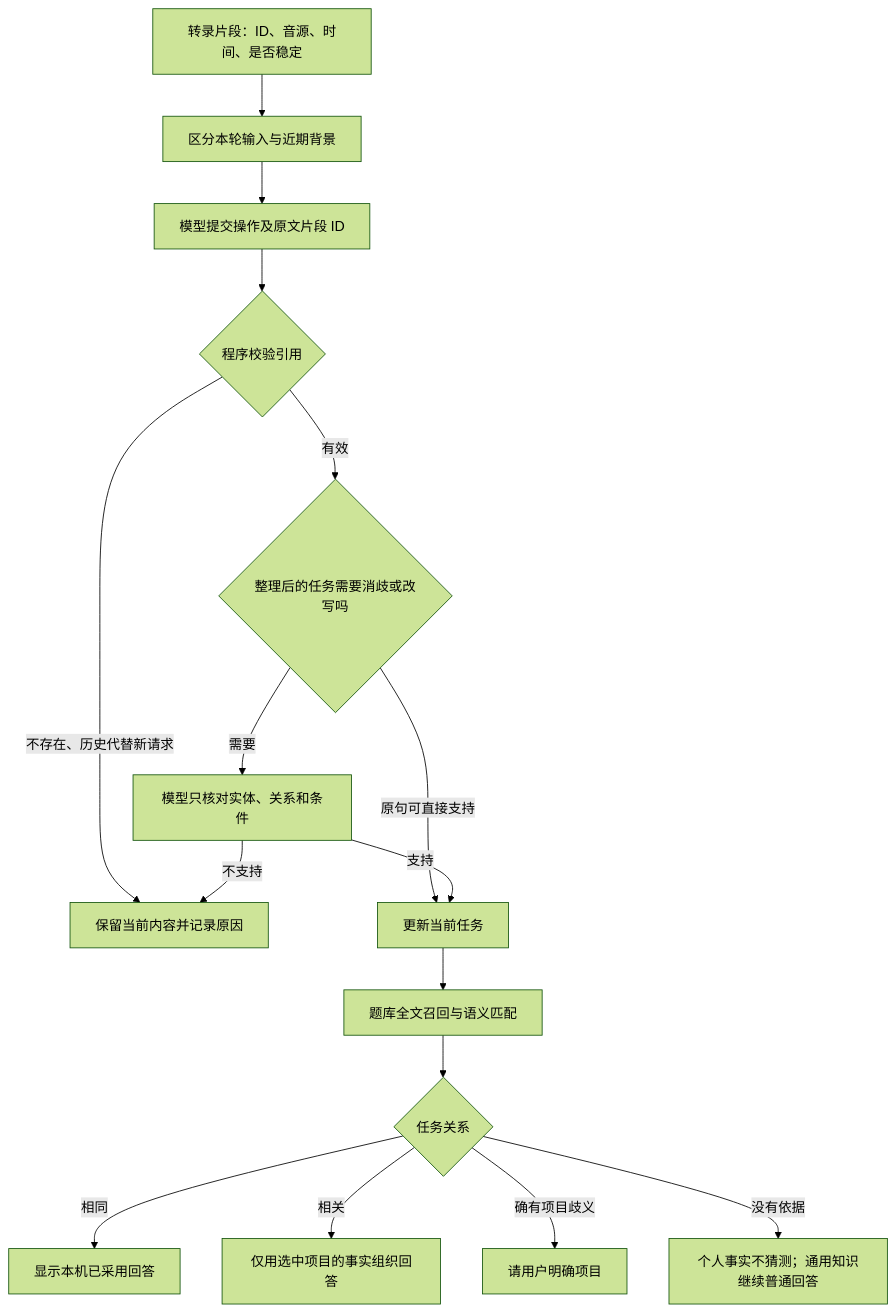
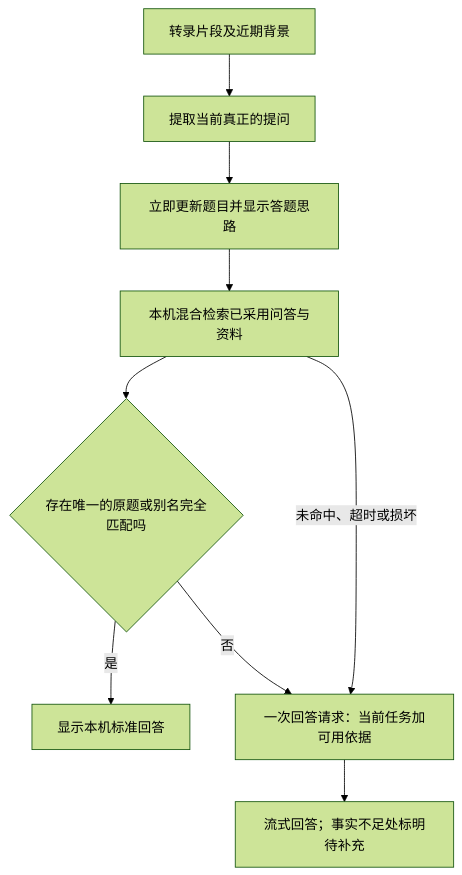
Before and after one commit to tangtianxu/MockInterview: the diagram in docs/decision-retrieval-design.md, drawn with Mermaid (forest theme). The commit also changed other lines of this file and 21 other files, not shown here.

````diff
--- a/docs/decision-retrieval-design.md
+++ b/docs/decision-retrieval-design.md
@@ -5,18 +5,11 @@
 ```mermaid
 flowchart TD
-  A[转录片段：ID、音源、时间、是否稳定] --> B[区分本轮输入与近期背景]
-  B --> C[模型提交操作及原文片段 ID]
-  C --> D{程序校验引用}
-  D -->|不存在、历史代替新请求| W[保留当前内容并记录原因]
-  D -->|有效| E{整理后的任务需要消歧或改写吗}
-  E -->|需要| F[模型只核对实体、关系和条件]
-  E -->|原句可直接支持| G[更新当前任务]
-  F -->|支持| G
-  F -->|不支持| W
-  G --> H[题库全文召回与语义匹配]
-  H --> I{任务关系}
-  I -->|相同| J[显示本机已采用回答]
-  I -->|相关| K[仅用选中项目的事实组织回答]
-  I -->|确有项目歧义| L[请用户明确项目]
-  I -->|没有依据| M[个人事实不猜测；通用知识继续普通回答]
+ A[转录片段及近期背景] --> B[提取当前真正的提问]
+ B --> C[立即更新题目并显示答题思路]
+ C --> D[本机混合检索已采用问答与资料]
+ D --> E{存在唯一的原题或别名完全匹配吗}
+ E -->|是| F[显示本机标准回答]
+ E -->|否| G[一次回答请求：当前任务加可用依据]
+ D -->|未命中、超时或损坏| G
+ G --> H[流式回答；事实不足处标明待补充]
 ```
````
